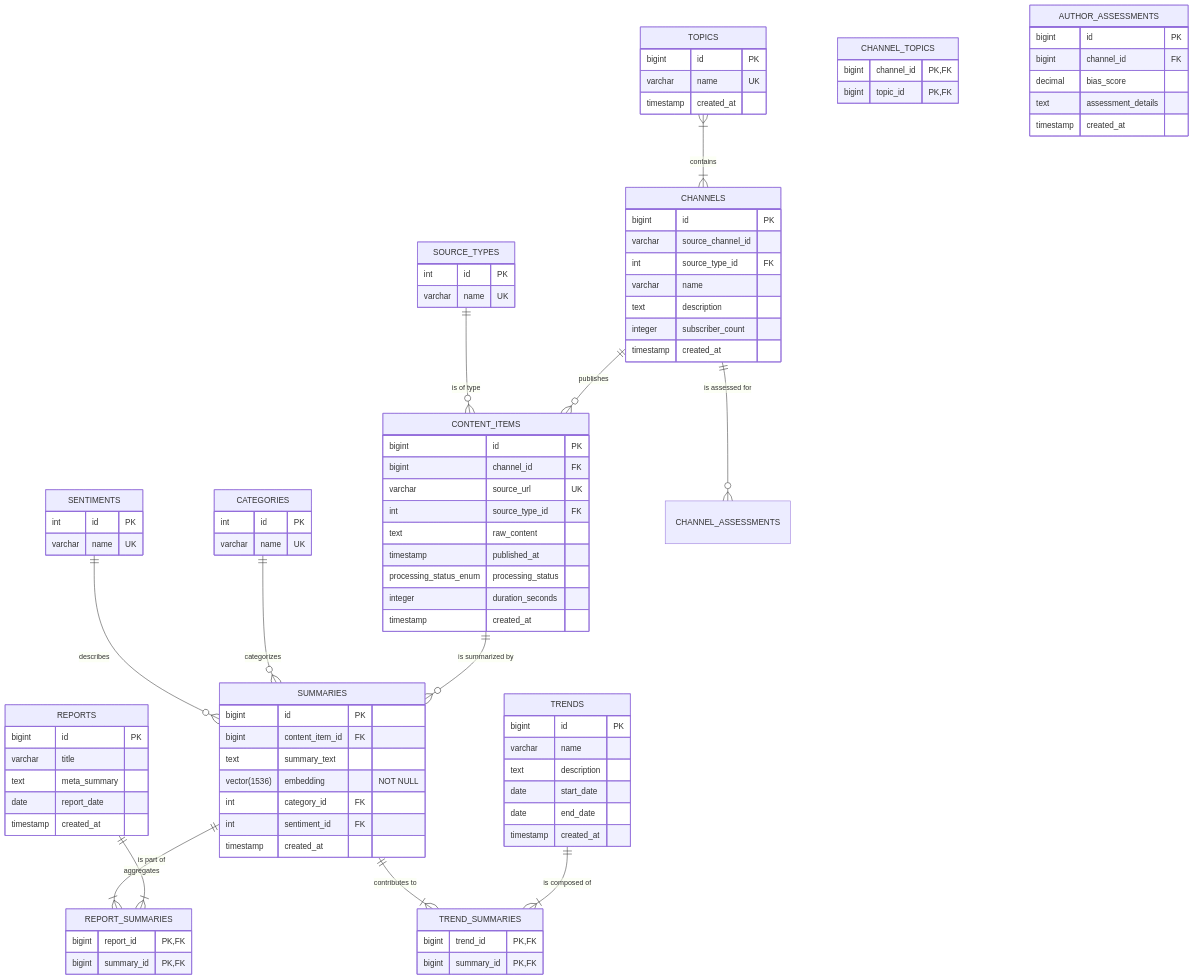
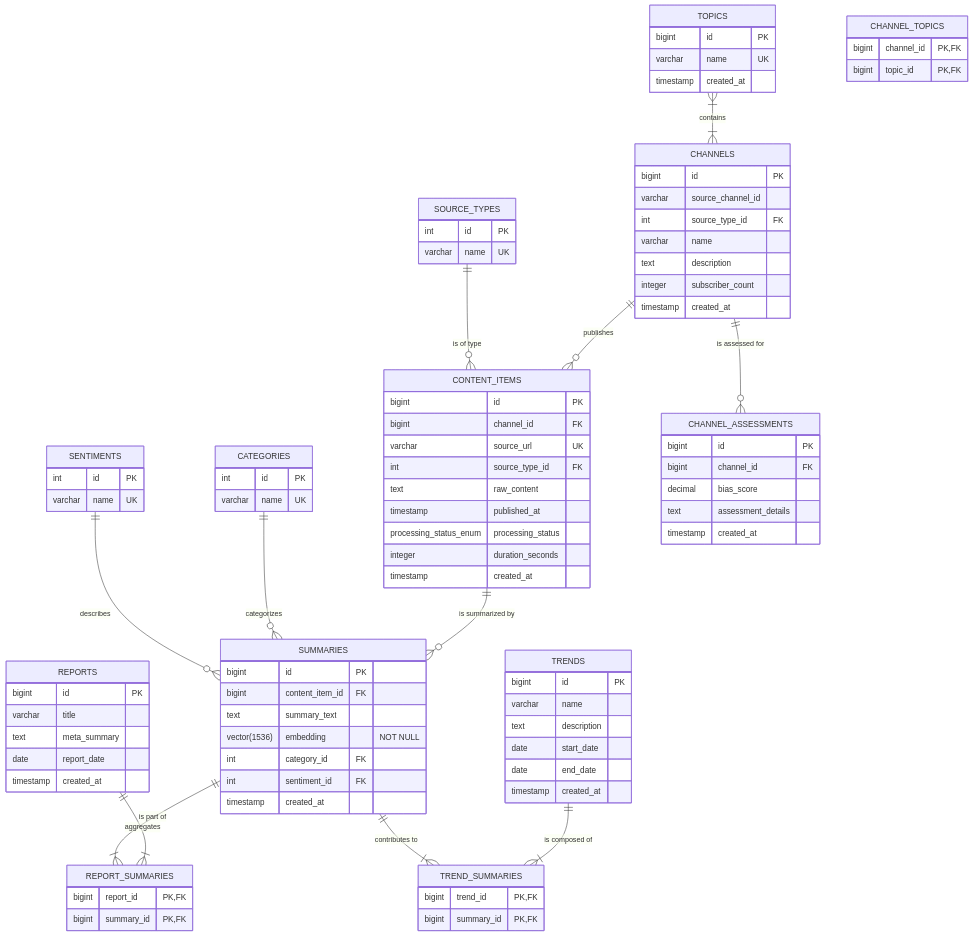
Before and after one commit to sjuresa/povzetkar: the diagram in docs/sdlc/04_database_design.md, drawn with Mermaid. The commit also changed 1 other file, not shown here.

Commit message:
docs(project): Align documentation per code review
POV-44

```diff
--- a/docs/sdlc/04_database_design.md
+++ b/docs/sdlc/04_database_design.md
@@ -118,7 +118,7 @@
         bigint summary_id PK, FK
     }
 
-    AUTHOR_ASSESSMENTS {
+    CHANNEL_ASSESSMENTS {
         bigint id PK
         bigint channel_id FK
         decimal bias_score
```
